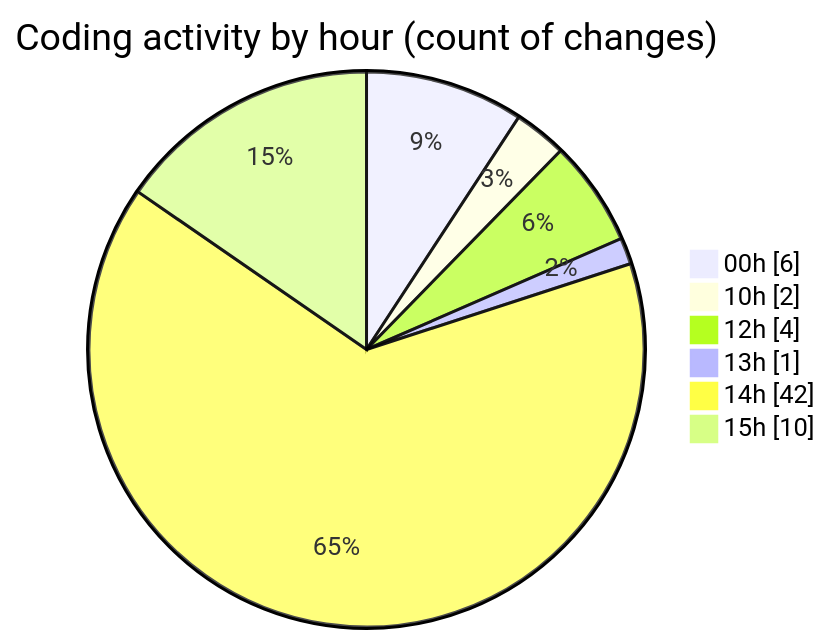
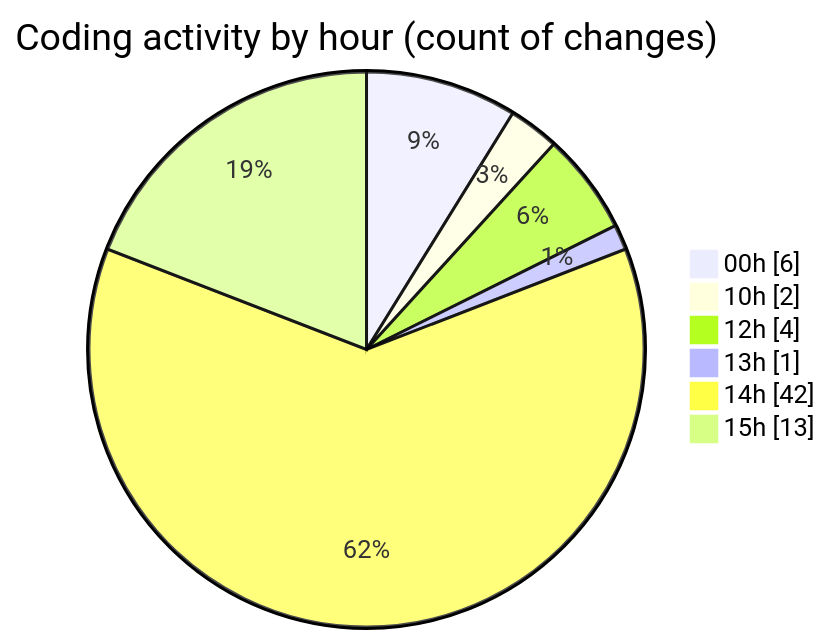
The second of 2 diagrams in 2025-06-04/nxtqube_webapp/README.md (nxtqubesakshisongat/code-tracking), drawn with Mermaid before and after one commit. The commit also changed other lines of this file and 1 other file, not shown here.

````diff
--- a/2025-06-04/nxtqube_webapp/README.md
+++ b/2025-06-04/nxtqube_webapp/README.md
@@ -33,10 +34,10 @@
 ```mermaid
 pie showData
 title Coding activity by hour (count of changes)
 "00h" : 6
 "10h" : 2
 "12h" : 4
 "13h" : 1
 "14h" : 42
-"15h" : 10
+"15h" : 13
 ```
````
